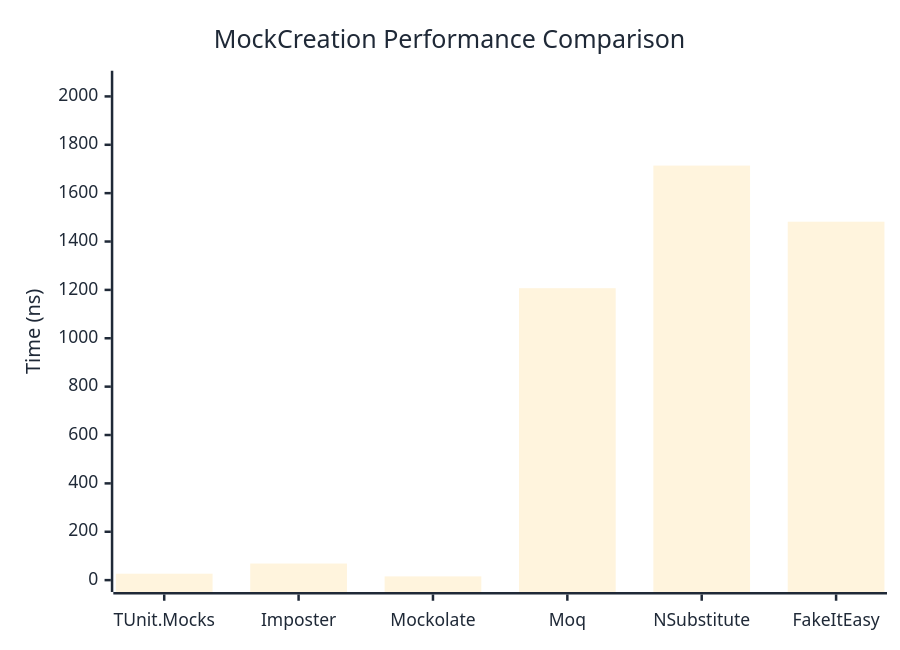
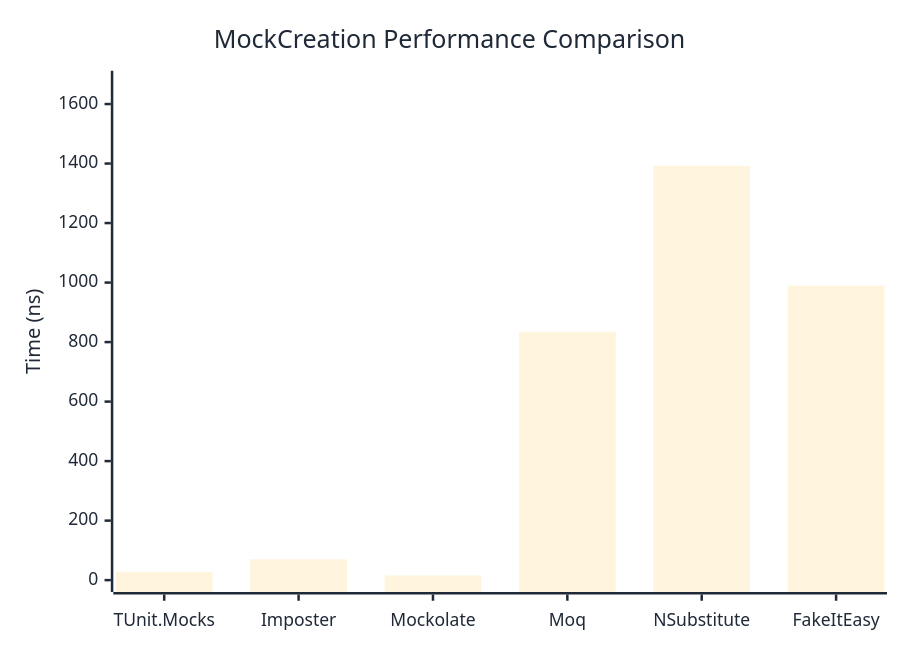
One commit to thomhurst/TUnit changed the first of 2 diagrams in docs/docs/benchmarks/mocks/MockCreation.md. Above: the diagram before and after it, drawn with Mermaid. The commit also changed other lines of this file and 14 other files, not shown here.

````diff
--- a/docs/docs/benchmarks/mocks/MockCreation.md
+++ b/docs/docs/benchmarks/mocks/MockCreation.md
@@ -30,27 +30,27 @@
 ```mermaid
 %%{init: {
   'theme':'base',
   'themeVariables': {
     'primaryColor': '#2563eb',
     'primaryTextColor': '#1f2937',
     'primaryBorderColor': '#1e40af',
     'lineColor': '#6b7280',
     'secondaryColor': '#7c3aed',
     'tertiaryColor': '#dc2626',
     'background': '#ffffff',
     'pie1': '#2563eb',
     'pie2': '#7c3aed',
     'pie3': '#dc2626',
     'pie4': '#f59e0b',
     'pie5': '#10b981',
     'pie6': '#06b6d4',
     'pie7': '#ec4899',
     'pie8': '#6366f1'
   }
 }}%%
 xychart-beta
   title "MockCreation Performance Comparison"
   x-axis ["TUnit.Mocks", "Imposter", "Mockolate", "Moq", "NSubstitute", "FakeItEasy"]
-  y-axis "Time (ns)" 0 --> 2057
-  bar [26.6, 68.65, 15.44, 1207, 1713.99, 1481.93]
+  y-axis "Time (ns)" 0 --> 1672
+  bar [28.05, 69.94, 15.53, 834.89, 1392.6, 989.4]
 ```
````
